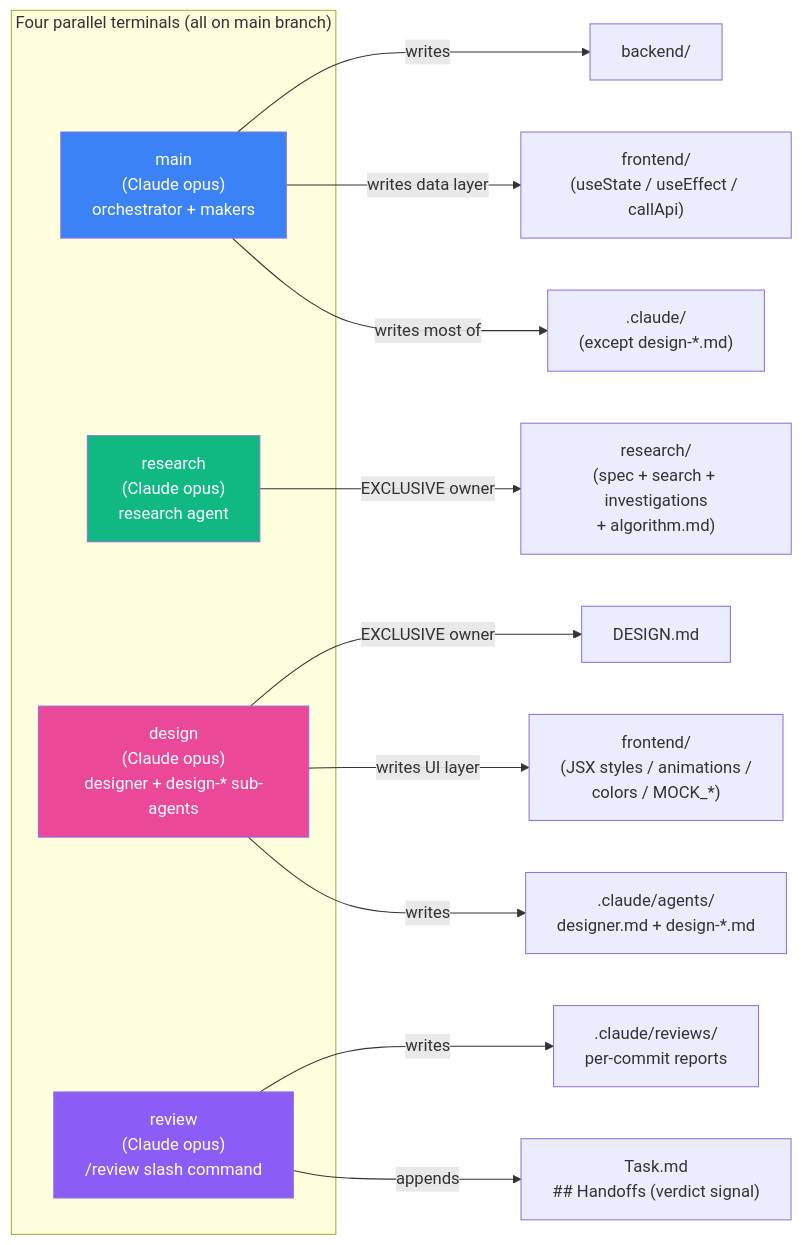
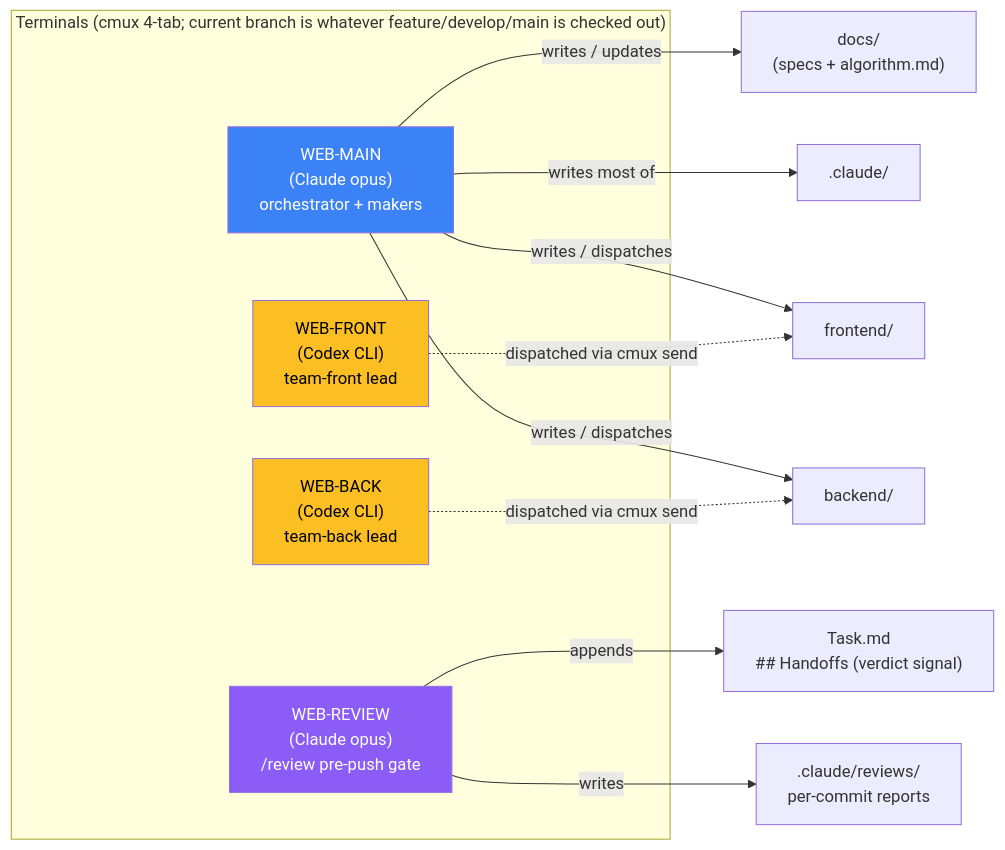
Before and after one commit to hongikarchi/archi-tinder: the first of 6 diagrams in .claude/WORKFLOW.md, drawn with Mermaid. The commit also changed other lines of this file and 63 other files, not shown here.

````diff
--- a/.claude/WORKFLOW.md
+++ b/.claude/WORKFLOW.md
@@ -13,27 +12,25 @@
 ```mermaid
 flowchart LR
-    subgraph T["Four parallel terminals (all on main branch)"]
-        Main["main<br/>(Claude opus)<br/>orchestrator + makers"]
-        Res["research<br/>(Claude opus)<br/>research agent"]
-        Des["design<br/>(Claude opus)<br/>designer + design-* sub-agents"]
-        Rev["review<br/>(Claude opus)<br/>/review slash command"]
+    subgraph T["Terminals (cmux 4-tab; current branch is whatever feature/develop/main is checked out)"]
+        Main["WEB-MAIN<br/>(Claude opus)<br/>orchestrator + makers"]
+        Back["WEB-BACK<br/>(Codex CLI)<br/>team-back lead"]
+        Front["WEB-FRONT<br/>(Codex CLI)<br/>team-front lead"]
+        Rev["WEB-REVIEW<br/>(Claude opus)<br/>/review pre-push gate"]
     end
 
-    Main -->|writes| BE["backend/"]
-    Main -->|writes data layer| FED["frontend/<br/>(useState / useEffect / callApi)"]
-    Main -->|writes most of| CL[".claude/<br/>(except design-*.md)"]
+    Main -->|writes / dispatches| BE["backend/"]
+    Main -->|writes / dispatches| FE["frontend/"]
+    Main -->|writes most of| CL[".claude/"]
+    Main -->|writes / updates| DOCS["docs/<br/>(specs + algorithm.md)"]
 
-    Res -->|EXCLUSIVE owner| RES["research/<br/>(spec + search + investigations<br/>+ algorithm.md)"]
-
-    Des -->|EXCLUSIVE owner| DM["DESIGN.md"]
-    Des -->|writes UI layer| FEU["frontend/<br/>(JSX styles / animations /<br/>colors / MOCK_*)"]
-    Des -->|writes| DA[".claude/agents/<br/>designer.md + design-*.md"]
+    Back -.dispatched via cmux send.-> BE
+    Front -.dispatched via cmux send.-> FE
 
     Rev -->|writes| RVR[".claude/reviews/<br/>per-commit reports"]
     Rev -->|appends| HO["Task.md<br/>## Handoffs (verdict signal)"]
 
     style Main fill:#3b82f6,color:#fff
-    style Res fill:#10b981,color:#fff
-    style Des fill:#ec4899,color:#fff
+    style Back fill:#fbbf24,color:#000
+    style Front fill:#fbbf24,color:#000
     style Rev fill:#8b5cf6,color:#fff
 ```
````
